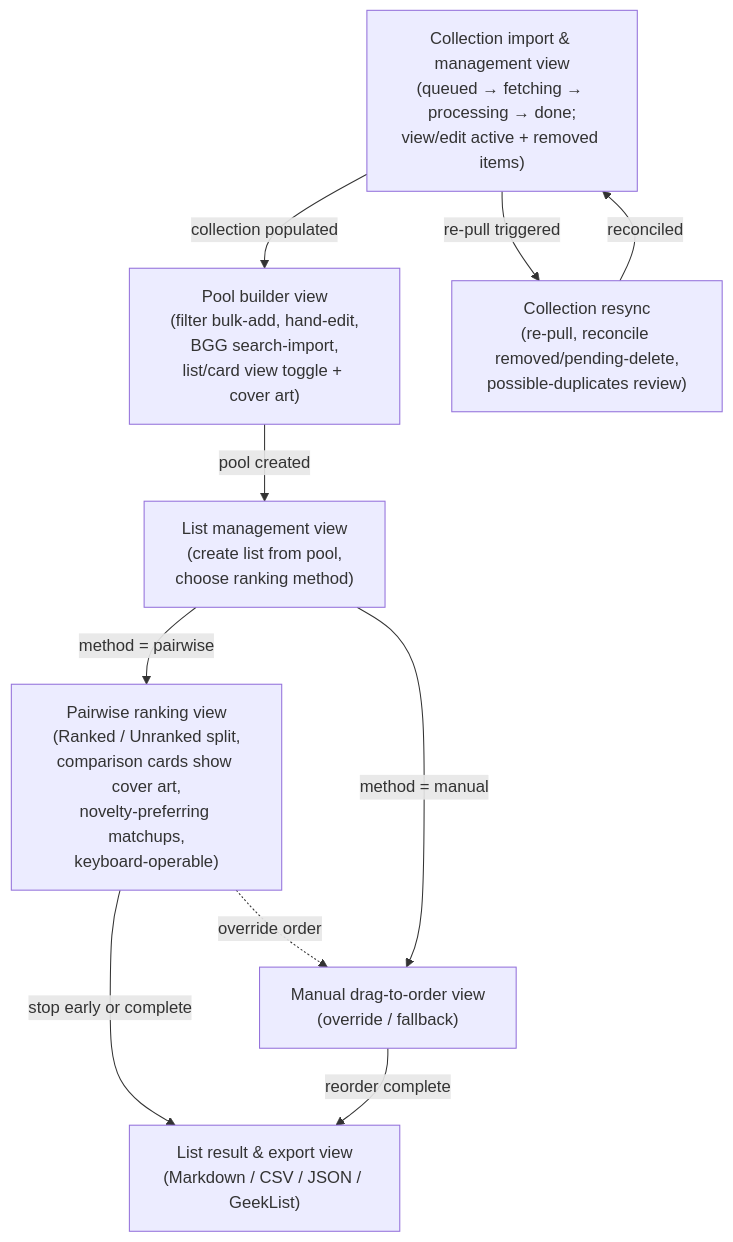
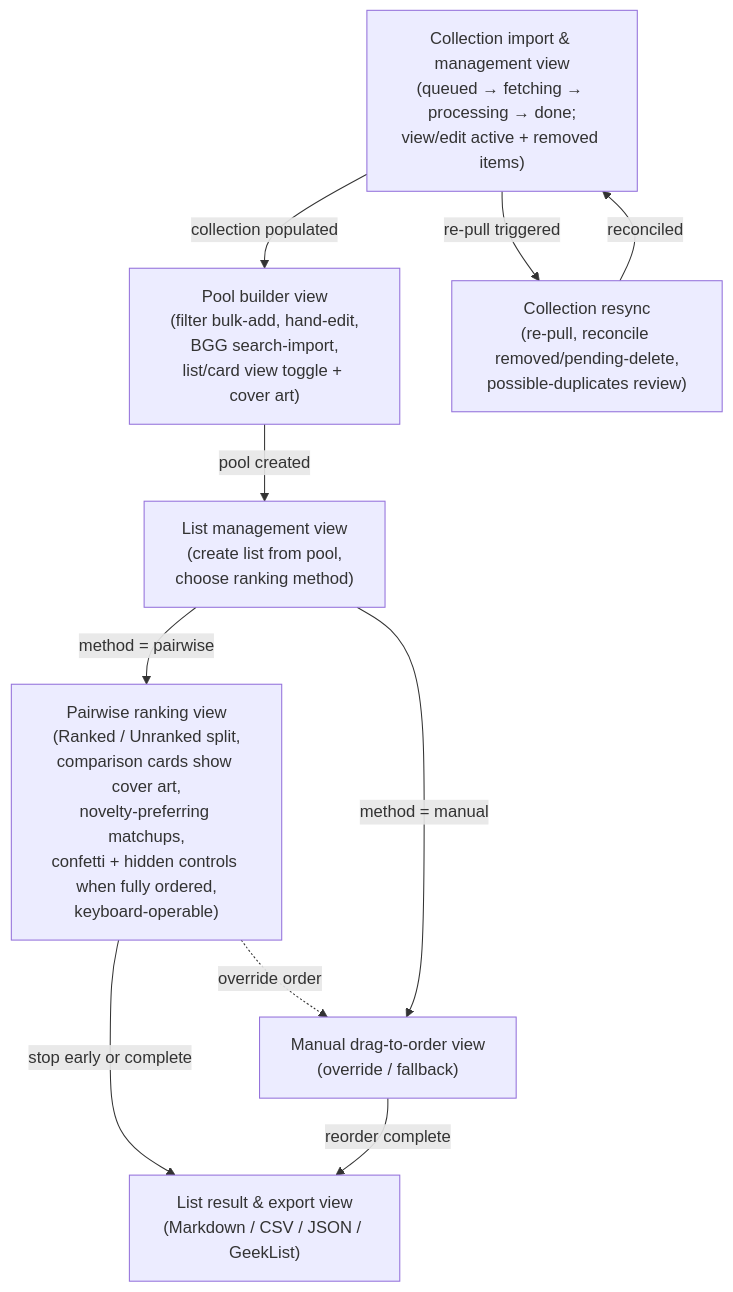
One commit to moui72/yet-another-rank-games changed the third of 3 diagrams in README.md. Above: the diagram before and after it, drawn with Mermaid. The commit also changed 3 other files, not shown here.

First line of the commit message:
Post-ship follow-up for pool-completion-celebration: defects, diagram

````diff
--- a/README.md
+++ b/README.md
@@ -191,20 +191,20 @@
 ```mermaid
 graph TD
     Import["Collection import & management view\n(queued → fetching → processing → done;\nview/edit active + removed items)"]
     Resync["Collection resync\n(re-pull, reconcile removed/pending-delete,\npossible-duplicates review)"]
     PoolBuilder["Pool builder view\n(filter bulk-add, hand-edit,\nBGG search-import,\nlist/card view toggle + cover art)"]
     ListMgmt["List management view\n(create list from pool,\nchoose ranking method)"]
-    Pairwise["Pairwise ranking view\n(Ranked / Unranked split,\ncomparison cards show cover art,\nnovelty-preferring matchups,\nkeyboard-operable)"]
+    Pairwise["Pairwise ranking view\n(Ranked / Unranked split,\ncomparison cards show cover art,\nnovelty-preferring matchups,\nconfetti + hidden controls when fully ordered,\nkeyboard-operable)"]
     Manual["Manual drag-to-order view\n(override / fallback)"]
     Result["List result & export view\n(Markdown / CSV / JSON / GeekList)"]
 
     Import -->|collection populated| PoolBuilder
     Import -->|re-pull triggered| Resync
     Resync -->|reconciled| Import
     PoolBuilder -->|pool created| ListMgmt
     ListMgmt -->|method = pairwise| Pairwise
     ListMgmt -->|method = manual| Manual
     Pairwise -->|stop early or complete| Result
     Manual -->|reorder complete| Result
     Pairwise -.->|override order| Manual
 ```
````
